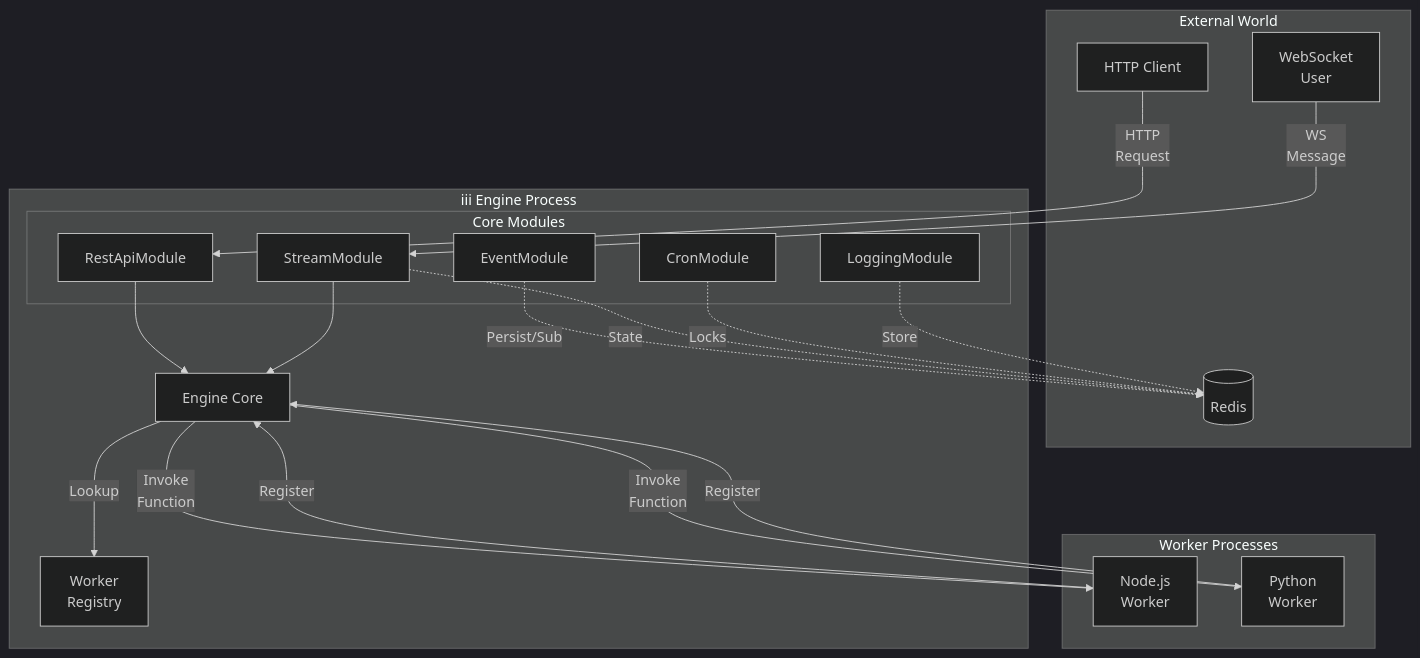
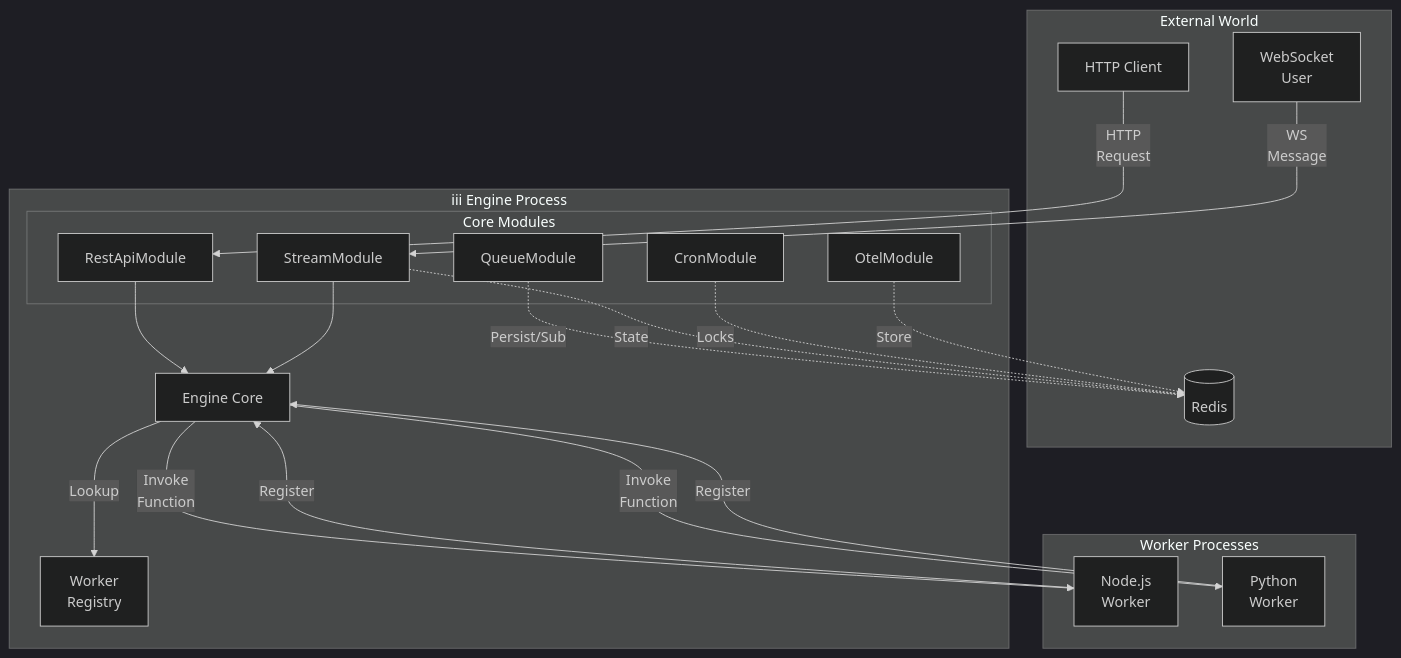
The first of 6 diagrams in content/advanced/architecture.mdx (iii-hq/docs), drawn with Mermaid (dark theme) before and after one commit. The commit also changed other lines of this file and 27 other files, not shown here.

````diff
--- a/content/advanced/architecture.mdx
+++ b/content/advanced/architecture.mdx
@@ -15,44 +15,44 @@
 ```mermaid
 graph TD
     subgraph "External World"
         Client[HTTP Client]
         Redis[(Redis)]
         User[WebSocket<br/>User]
     end
 
     subgraph "iii Engine Process"
         Core[Engine Core]
         Reg[Worker<br/>Registry]
 
         subgraph "Core Modules"
             API[RestApiModule]
             Stream[StreamModule]
-            Log[LoggingModule]
-            Event[EventModule]
+            Log[OtelModule]
+            Queue[QueueModule]
             Cron[CronModule]
         end
     end
 
     subgraph "Worker Processes"
         W1[Node.js<br/>Worker]
         W2[Python<br/>Worker]
     end
 
     Client -->|HTTP<br/>Request| API
     User -->|WS<br/>Message| Stream
 
     API --> Core
     Stream --> Core
 
     Core -->|Lookup| Reg
     Core -->|Invoke<br/>Function| W1
     Core -->|Invoke<br/>Function| W2
 
     W1 -->|Register| Core
     W2 -->|Register| Core
 
-    Event -.->|Persist/Sub| Redis
+    Queue -.->|Persist/Sub| Redis
     Stream -.->|State| Redis
     Cron -.->|Locks| Redis
     Log -.->|Store| Redis
 ```
````
